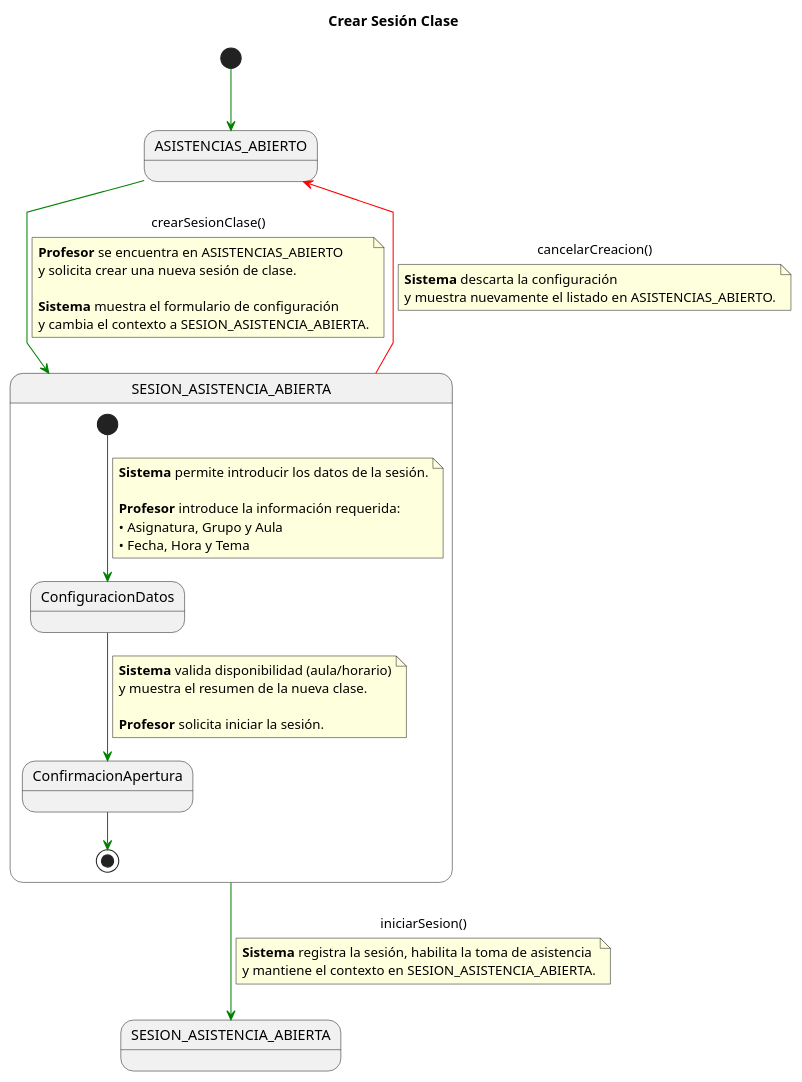
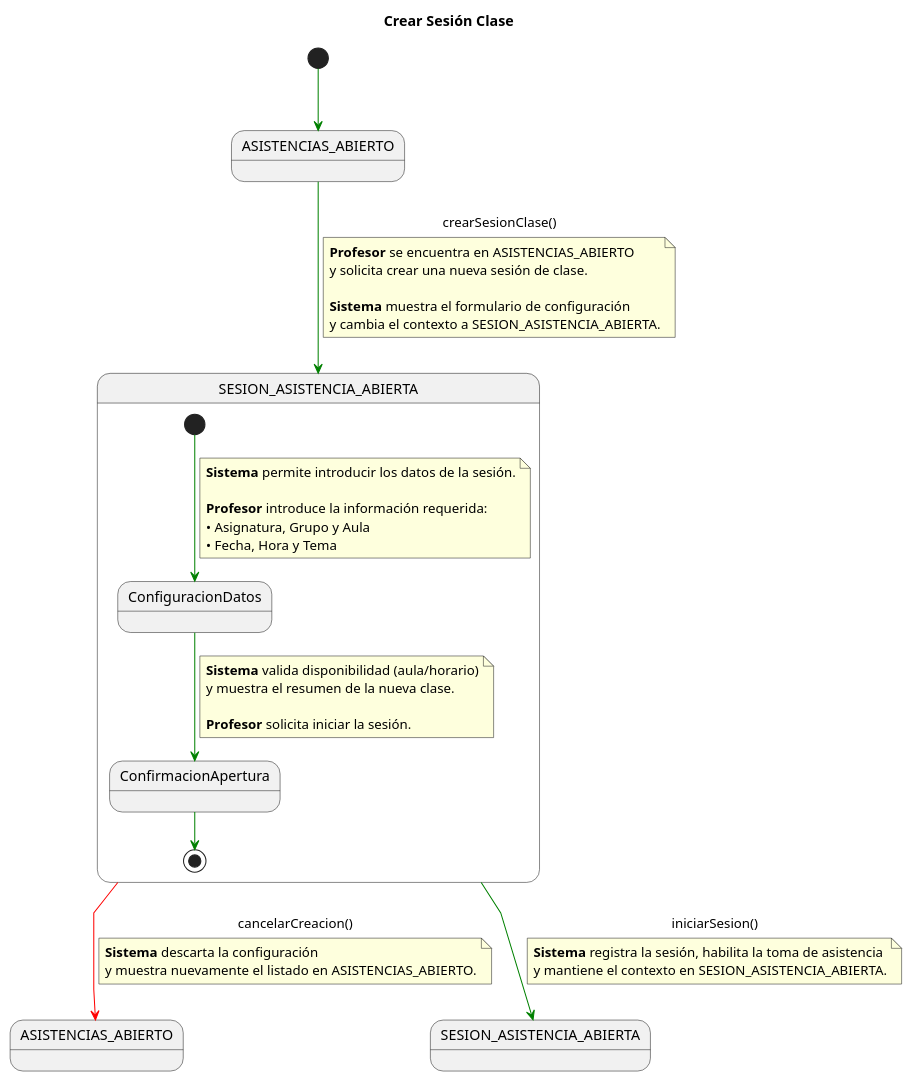
Before and after one commit to enmabry/25-26-IdSw1-SdR: the diagram in documents/CasosDeUso/DetalladoCasosDeUso/Profesor/crearSesionClase.puml, drawn with PlantUML. The commit also changed 21 other files, not shown here.

```diff
--- a/documents/CasosDeUso/DetalladoCasosDeUso/Profesor/crearSesionClase.puml
+++ b/documents/CasosDeUso/DetalladoCasosDeUso/Profesor/crearSesionClase.puml
@@ -1,59 +1,60 @@
 @startuml
 title Crear Sesión Clase
 skinparam linetype polyline
 
 state ASISTENCIAS_ABIERTO_INICIAL as "ASISTENCIAS_ABIERTO"
+state ASISTENCIAS_ABIERTO_FINAL as "ASISTENCIAS_ABIERTO"
 state SESION_NUEVA_COMP           as "SESION_ASISTENCIA_ABIERTA"
 state SESION_ACTIVA_FINAL         as "SESION_ASISTENCIA_ABIERTA"
 
 [*] -[#green]-> ASISTENCIAS_ABIERTO_INICIAL
 
 ASISTENCIAS_ABIERTO_INICIAL -[#green]-> SESION_NUEVA_COMP : crearSesionClase()
 note on link
 <b>Profesor</b> se encuentra en ASISTENCIAS_ABIERTO
 y solicita crear una nueva sesión de clase.
 
 <b>Sistema</b> muestra el formulario de configuración
 y cambia el contexto a SESION_ASISTENCIA_ABIERTA.
 end note
 
 state SESION_NUEVA_COMP {
 
     state ConfiguracionDatos
     state ConfirmacionApertura
 
     [*] -[#green]-> ConfiguracionDatos
     note on link
     <b>Sistema</b> permite introducir los datos de la sesión.
 
     <b>Profesor</b> introduce la información requerida:
     • Asignatura, Grupo y Aula
     • Fecha, Hora y Tema
     end note
 
     ConfiguracionDatos -[#green]-> ConfirmacionApertura
     note on link
     <b>Sistema</b> valida disponibilidad (aula/horario)
     y muestra el resumen de la nueva clase.
 
     <b>Profesor</b> solicita iniciar la sesión.
     end note
 
     ConfirmacionApertura -[#green]-> [*]
 }
 
 ' CAMINO ÉXITO: Se queda en la sesión para empezar a pasar lista
 SESION_NUEVA_COMP -[#green]-> SESION_ACTIVA_FINAL : iniciarSesion()
 note on link
 <b>Sistema</b> registra la sesión, habilita la toma de asistencia
 y mantiene el contexto en SESION_ASISTENCIA_ABIERTA.
 end note
 
 ' CAMINO CANCELAR: Vuelve a la lista
-SESION_NUEVA_COMP -[#red]-> ASISTENCIAS_ABIERTO_INICIAL : cancelarCreacion()
+SESION_NUEVA_COMP -[#red]-> ASISTENCIAS_ABIERTO_FINAL : cancelarCreacion()
 note on link
 <b>Sistema</b> descarta la configuración
 y muestra nuevamente el listado en ASISTENCIAS_ABIERTO.
 end note
 
 @enduml
```
